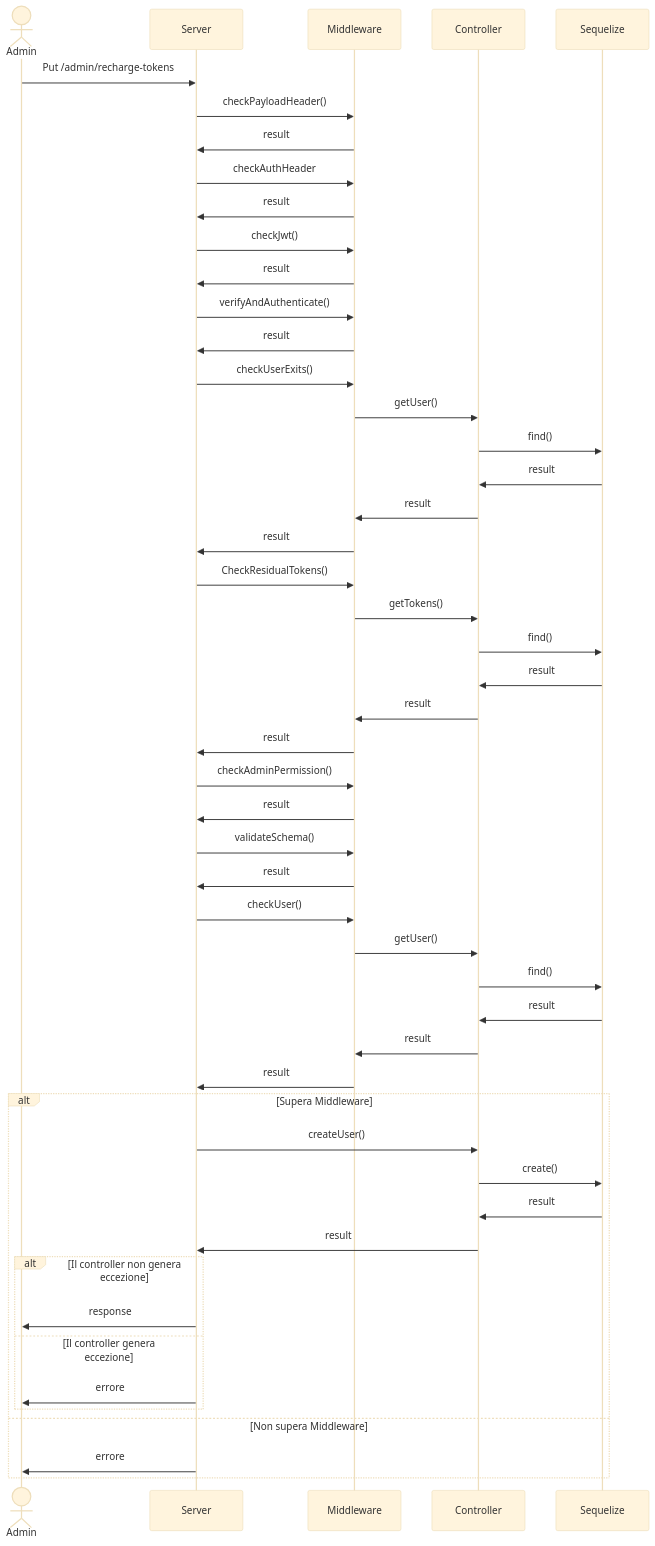
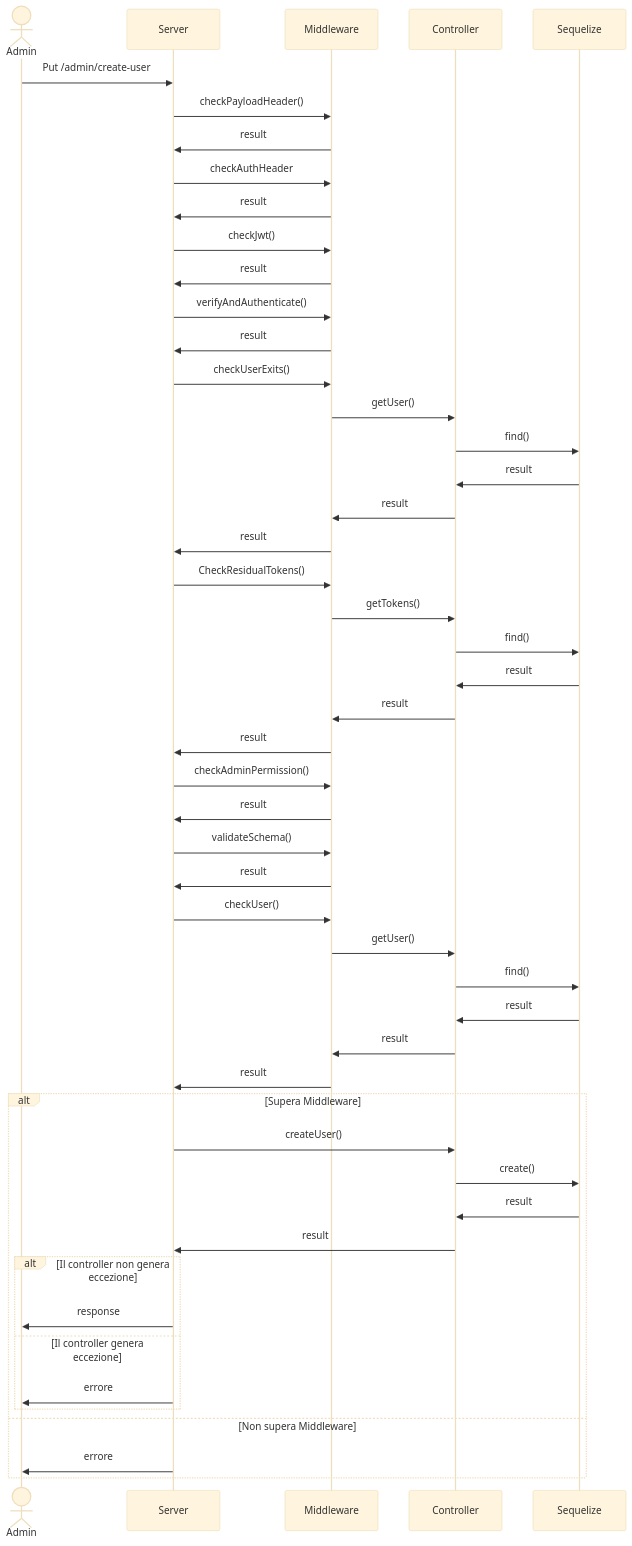
Before and after one commit to AgneseBruglia/PA2024: the ninth of 12 diagrams in README.md, drawn with Mermaid (base theme). The commit also changed other lines of this file, not shown here.

````diff
--- a/README.md
+++ b/README.md
@@ -492,59 +492,59 @@
 ```mermaid
 sequenceDiagram
      actor Admin
 
-    Admin->>Server: Put /admin/recharge-tokens
+    Admin->>Server: Put /admin/create-user
 
     Server->>Middleware: checkPayloadHeader()
     Middleware->>Server: result 
     
     Server->>Middleware: checkAuthHeader
     Middleware->>Server: result
 
     Server->>Middleware: checkJwt()
     Middleware->>Server: result
 
     Server->>Middleware: verifyAndAuthenticate()
     Middleware->>Server: result
 
     Server->>Middleware: checkUserExits()
     Middleware->>Controller: getUser()
     Controller->>Sequelize: find()
     Sequelize->>Controller: result
     Controller->>Middleware: result
     Middleware->>Server: result
 
     Server->>Middleware: CheckResidualTokens()
     Middleware->>Controller: getTokens()
     Controller->>Sequelize: find()
     Sequelize->>Controller: result
     Controller->>Middleware: result
     Middleware->>Server: result
 
     Server->>Middleware: checkAdminPermission()
     Middleware->>Server: result
 
     Server->>Middleware: validateSchema()
     Middleware->>Server: result
 
     Server->>Middleware: checkUser()
     Middleware->>Controller: getUser()
     Controller->>Sequelize: find()
     Sequelize->>Controller: result
     Controller->>Middleware: result
     Middleware->>Server: result
 
     alt Supera Middleware
         Server->>Controller: createUser()
         Controller->>Sequelize: create()
         Sequelize->>Controller: result
         Controller->>Server:result
         alt Il controller non genera eccezione
              Server->>Admin: response
         else Il controller genera eccezione
              Server->>Admin: errore
         end 
     else  Non supera Middleware
         Server->>Admin: errore
     end
 ```
````
